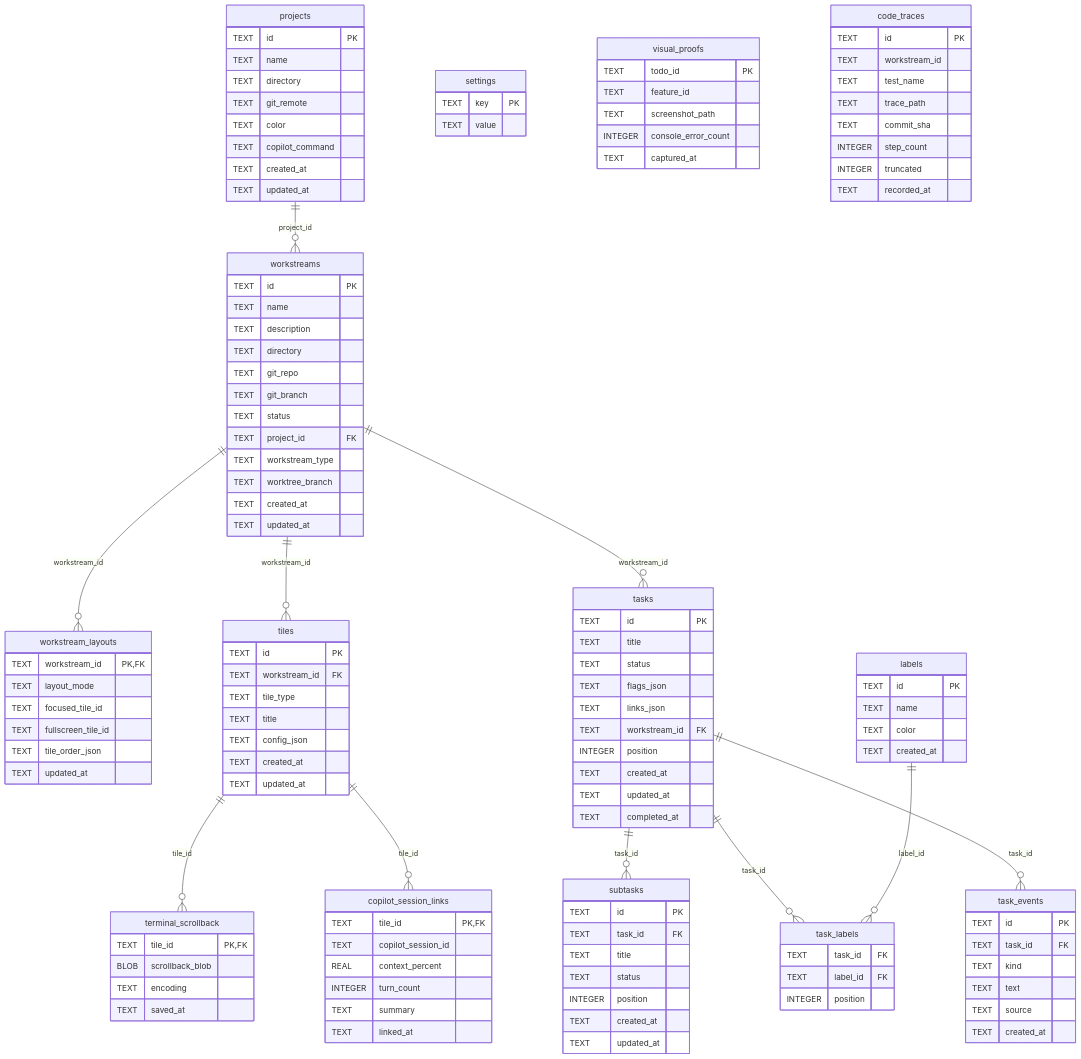
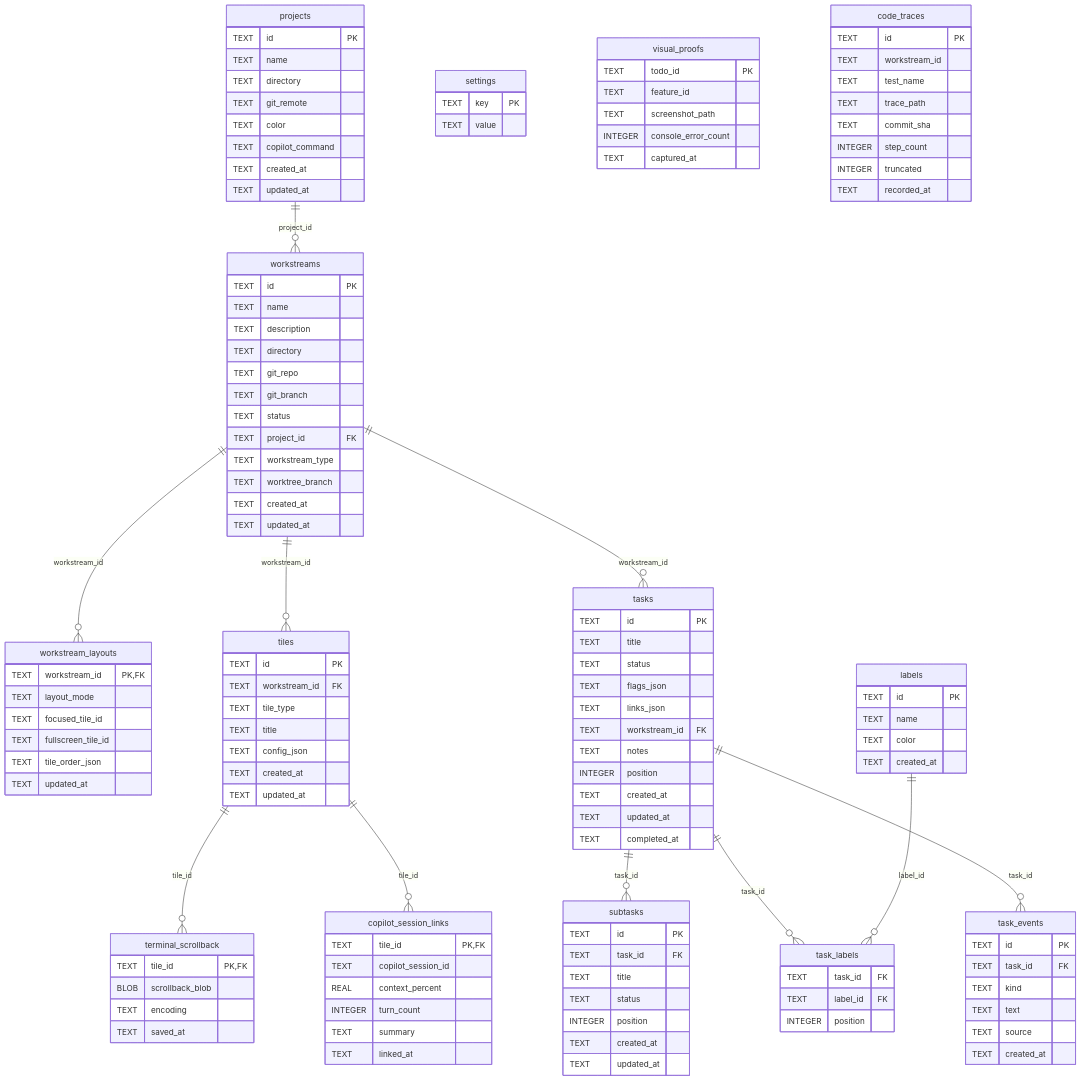
One commit to alejandroechev/workstreams changed the diagram in docs/db-model.md. Above: the diagram before and after it, drawn with Mermaid. The commit also changed other lines of this file and 16 other files, not shown here.

```diff
--- a/docs/db-model.md
+++ b/docs/db-model.md
@@ -116,6 +116,7 @@
     TEXT flags_json
     TEXT links_json
     TEXT workstream_id FK
+    TEXT notes
     INTEGER position
     TEXT created_at
     TEXT updated_at
```
